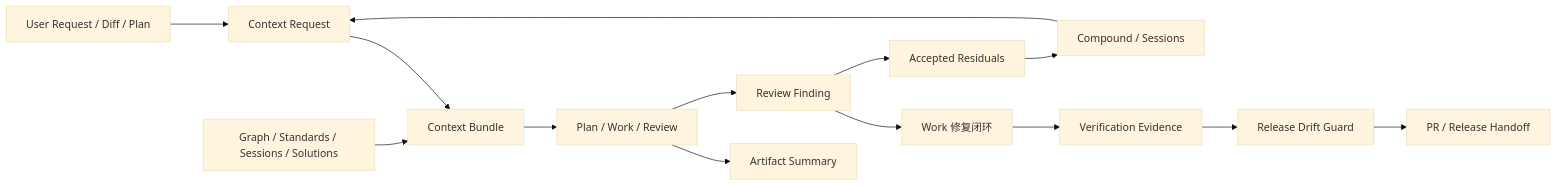
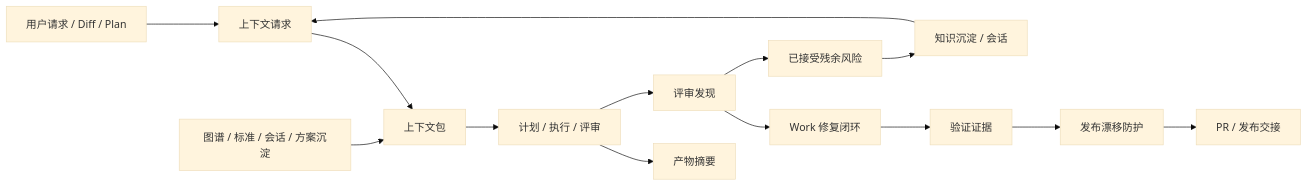
One commit to ajiao7240/spec-first changed the diagram in docs/plans/2026-05-14-001-feat-workflow-harness-evidence-loop-plan.md. Above: the diagram before and after it, drawn with Mermaid (base theme). The commit also changed other lines of this file and 8 other files, not shown here.

````diff
--- a/docs/plans/2026-05-14-001-feat-workflow-harness-evidence-loop-plan.md
+++ b/docs/plans/2026-05-14-001-feat-workflow-harness-evidence-loop-plan.md
@@ -165,16 +165,16 @@
 ```mermaid
 flowchart LR
-  A[User Request / Diff / Plan] --> B[Context Request]
-  B --> C[Context Bundle]
-  C --> D[Plan / Work / Review]
-  G[Graph / Standards / Sessions / Solutions] --> C
-  D --> E[Artifact Summary]
-  D --> F[Review Finding]
+  A[用户请求 / Diff / Plan] --> B[上下文请求]
+  B --> C[上下文包]
+  C --> D[计划 / 执行 / 评审]
+  G[图谱 / 标准 / 会话 / 方案沉淀] --> C
+  D --> E[产物摘要]
+  D --> F[评审发现]
   F --> H[Work 修复闭环]
-  F --> I[Accepted Residuals]
-  H --> J[Verification Evidence]
-  I --> K[Compound / Sessions]
-  J --> L[Release Drift Guard]
+  F --> I[已接受残余风险]
+  H --> J[验证证据]
+  I --> K[知识沉淀 / 会话]
+  J --> L[发布漂移防护]
   K --> B
-  L --> M[PR / Release Handoff]
+  L --> M[PR / 发布交接]
 ```
````
